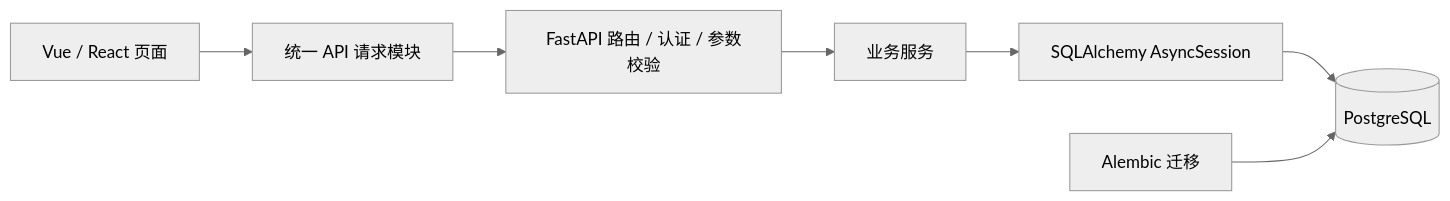
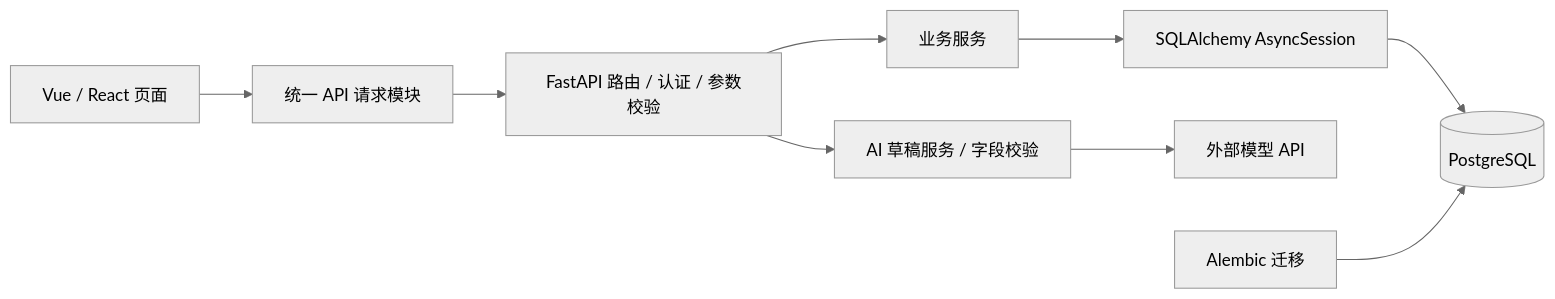
The diagram in README.md (8ight1een/-Tallywise), drawn with Mermaid (neutral theme) before and after one commit. The commit also changed other lines of this file, not shown here.

````diff
--- a/README.md
+++ b/README.md
@@ -36,9 +38,11 @@
 ```mermaid
 flowchart LR
     UI[Vue / React 页面] --> Client[统一 API 请求模块]
     Client --> Routes[FastAPI 路由 / 认证 / 参数校验]
     Routes --> Services[业务服务]
     Services --> ORM[SQLAlchemy AsyncSession]
     ORM --> PG[(PostgreSQL)]
+    Routes --> Draft[AI 草稿服务 / 字段校验]
+    Draft --> Model[外部模型 API]
     Migration[Alembic 迁移] --> PG
 ```
````
